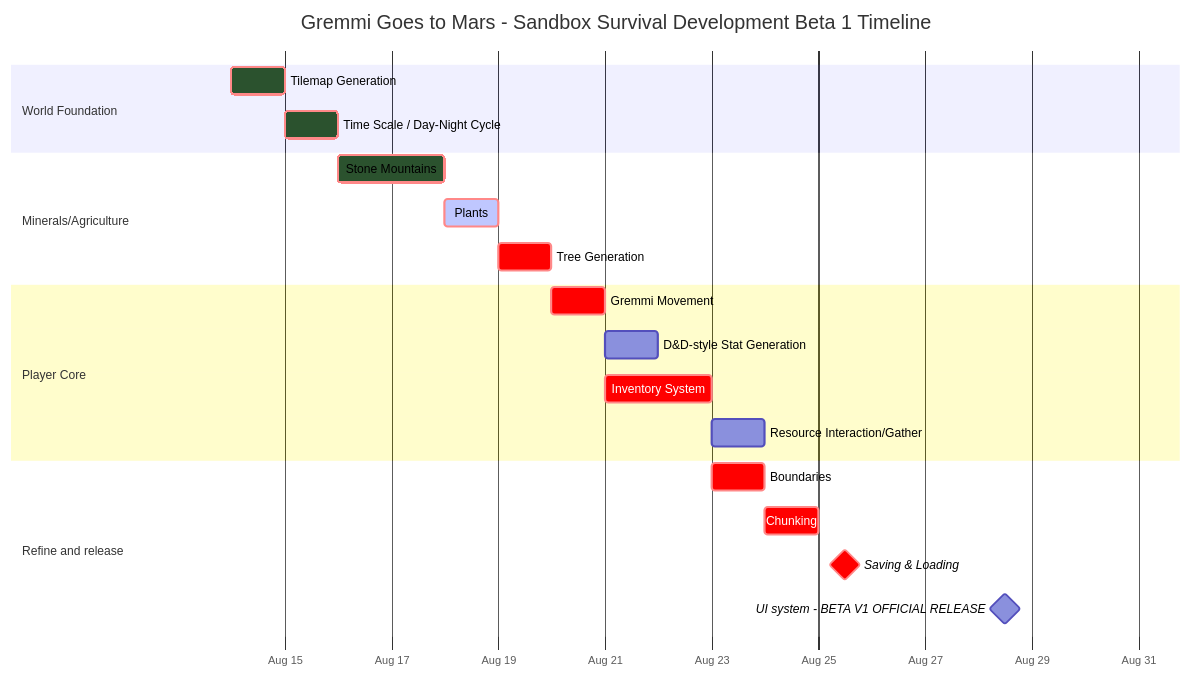
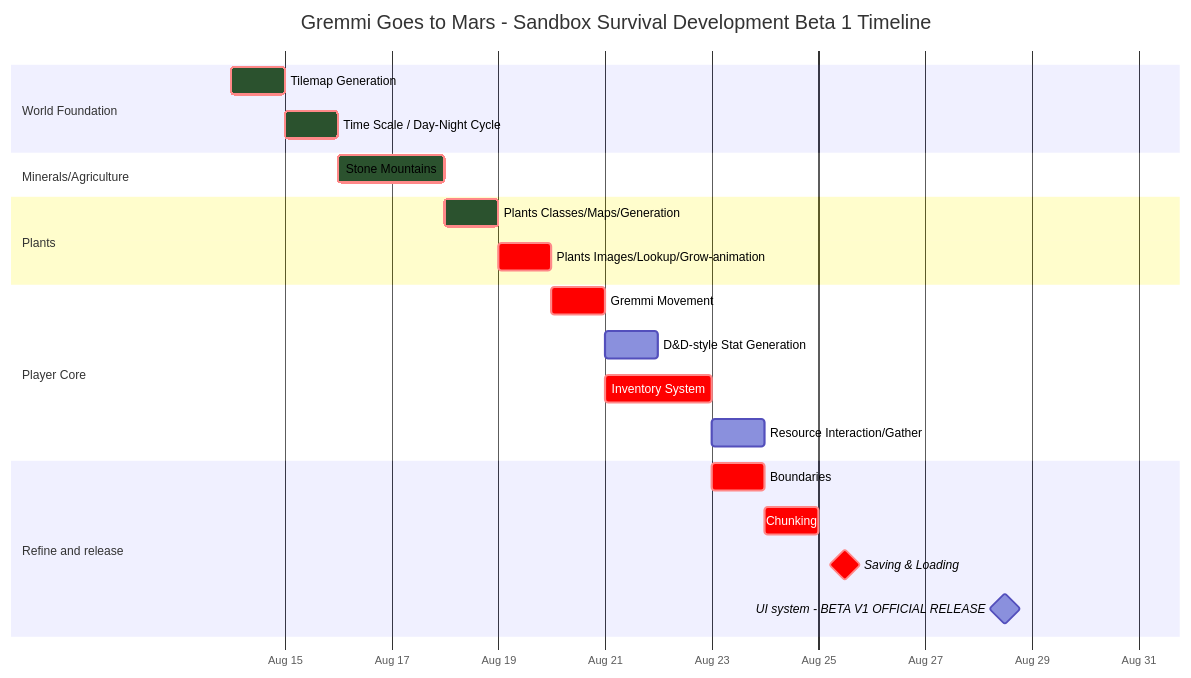
The second of 3 diagrams in dist/README.md (Jacobchestnut16/GremmiGoesToMars), drawn with Mermaid before and after one commit. The commit also changed other lines of this file, not shown here.

Commit message:
Minerals/Agriculture: TMP v1.1

````diff
--- a/dist/README.md
+++ b/dist/README.md
@@ -46,42 +48,44 @@
 ```mermaid
 %%{
     init: {
         'gantt': {
             'leftPadding': 200,
             'barHeight': 25,
             'barGap': 15,
             'topPadding': 60
         },
         'themeVariables': {
             'doneTaskBkgColor': '#2B522EFF'
         }
     }
 }%%
 gantt
     title Gremmi Goes to Mars - Sandbox Survival Development Beta 1 Timeline
     dateFormat  YYYY-MM-DD
     axisFormat  %b %d
     
     
     section World Foundation
     Tilemap Generation                          :crit, done, a1, 2025-08-14, 1d
     Time Scale / Day-Night Cycle                :crit, done, a2, after a1, 1d
     
     section Minerals/Agriculture
     Stone Mountains                             :crit, done, a4, after a2, 1.5d
-    Plants                                      :crit, active, a5, after a4, 0.75d
-    Tree Generation                             :crit, a6, after a5, 0.75d
+    
+    section Plants
+    Plants Classes/Maps/Generation              :crit, done, a5, after a4, 0.75d
+    Plants Images/Lookup/Grow-animation         :crit, a6, after a5, 0.75d
    
     
     section Player Core
     Gremmi Movement                 :crit, b1, after a6, 0.5d
     D&D-style Stat Generation       :b2, after b1, 0.5d
     Inventory System                :crit, b3, after b1, 2d
     Resource Interaction/Gather     :b5, after b3, 1d
     
     section Refine and release
     Boundaries                               :crit, c1, after b3, 0.5d
     Chunking                                 :crit, c2, after c1, 0.5d
     Saving & Loading                         :crit, milestone, b4, after c2, 1d
     UI system - BETA V1 OFFICIAL RELEASE     :milestone, release1, after b4, 5d
 ```
````
